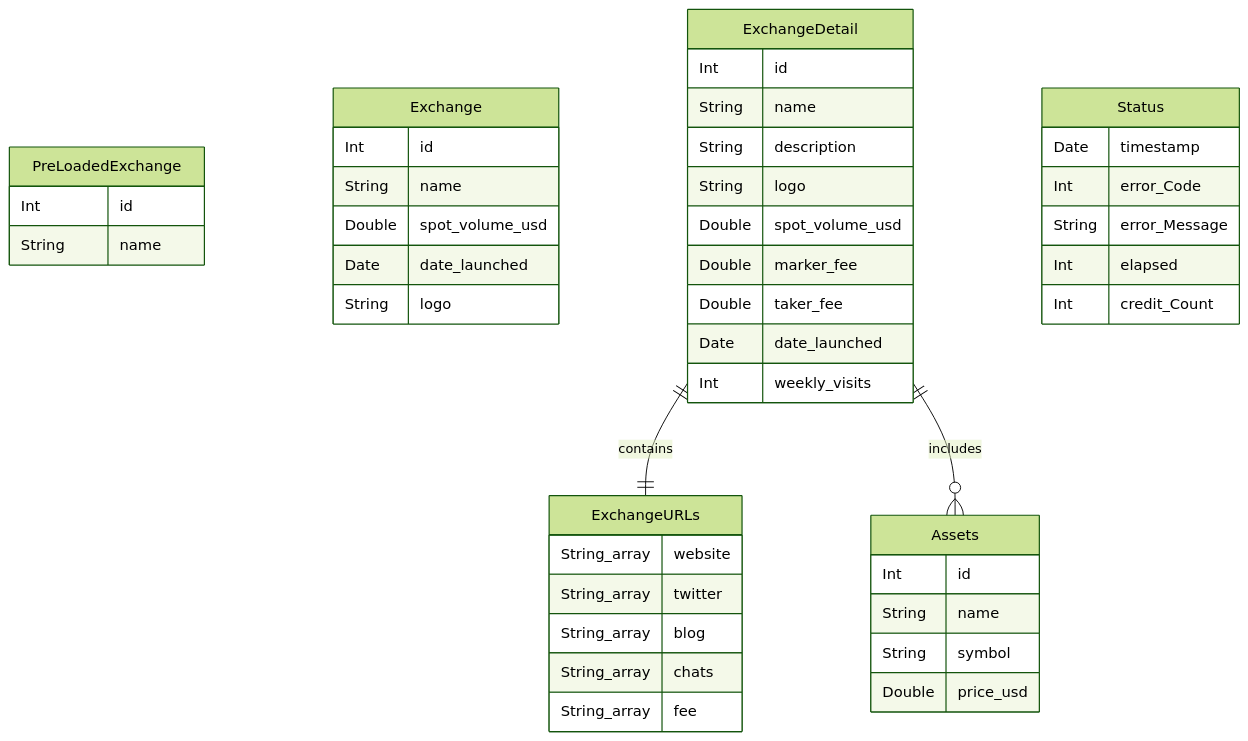
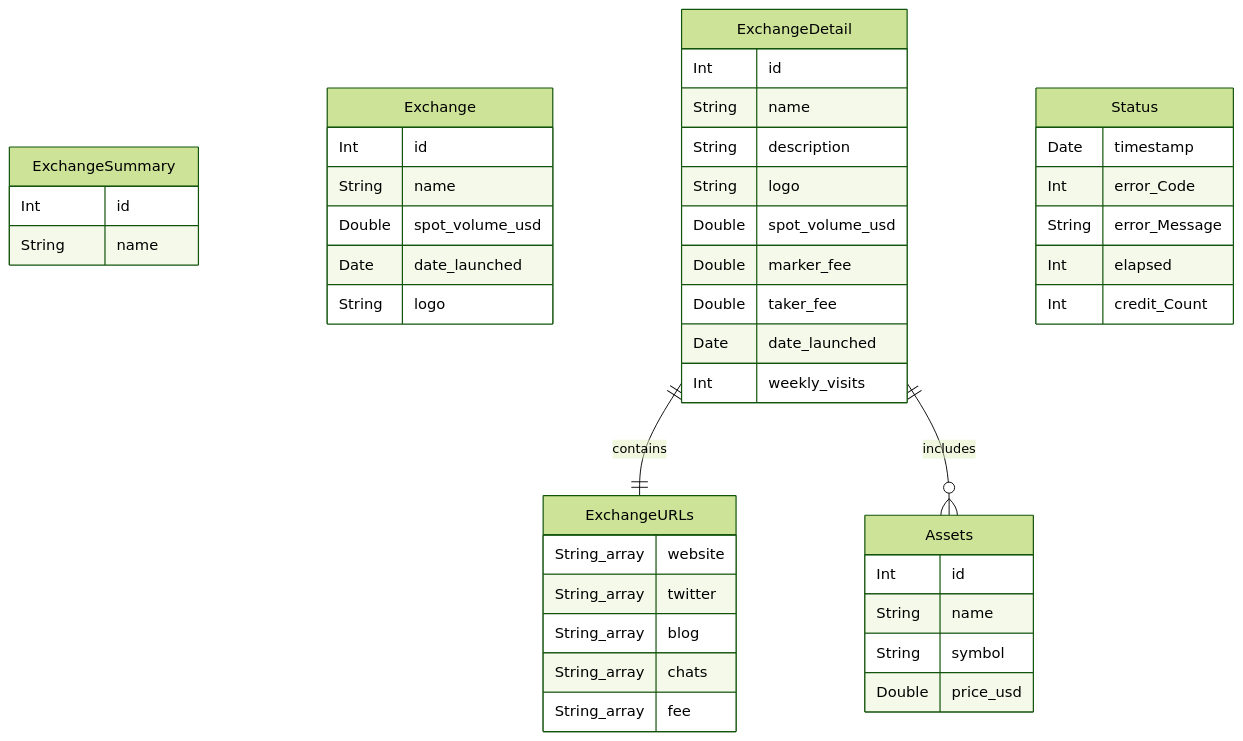
The first of 2 diagrams in README.md (vitor-rc1/exchanges-app), drawn with Mermaid (forest theme) before and after one commit. The commit also changed other lines of this file and 11 other files, not shown here.

````diff
--- a/README.md
+++ b/README.md
@@ -33,53 +191,53 @@
 ```mermaid
 erDiagram
-    PreLoadedExchange {
+    ExchangeSummary {
         Int id
         String name
     }
 
     Exchange {
         Int id
         String name
         Double spot_volume_usd
         Date date_launched
         String logo
     }
 
     ExchangeDetail ||--|| ExchangeURLs : "contains"
     ExchangeDetail ||--o{ Assets : "includes"
     
     ExchangeDetail {
         Int id
         String name
         String description
         String logo
         Double spot_volume_usd
         Double marker_fee
         Double taker_fee
         Date date_launched
         Int weekly_visits
     }
 
     ExchangeURLs {
         String_array website
         String_array twitter
         String_array blog
         String_array chats
         String_array fee
     }
 
     Assets {
         Int id
         String name
         String symbol
         Double price_usd
     }
 
     Status {
         Date timestamp
         Int error_Code
         String error_Message
         Int elapsed
         Int credit_Count
     }
 ```
````
